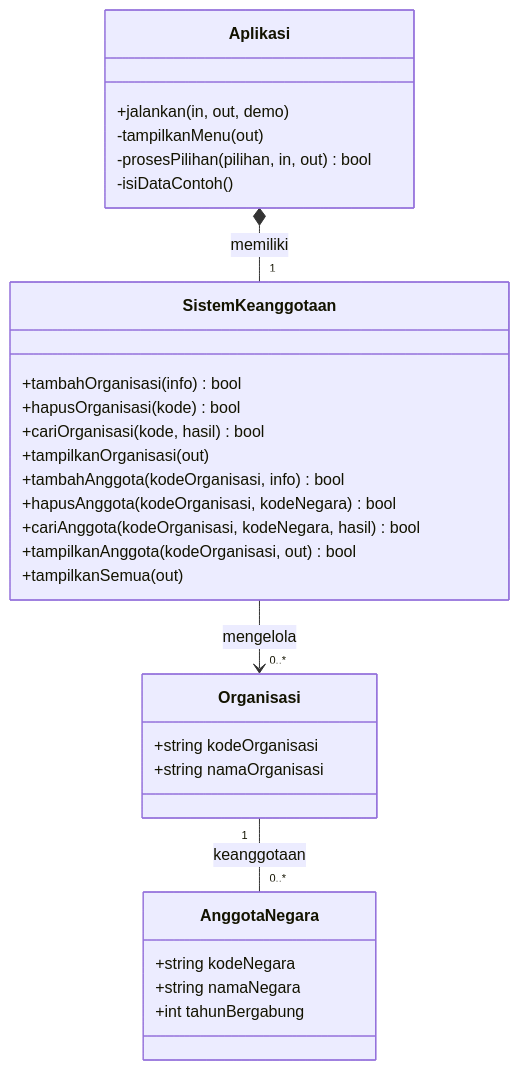
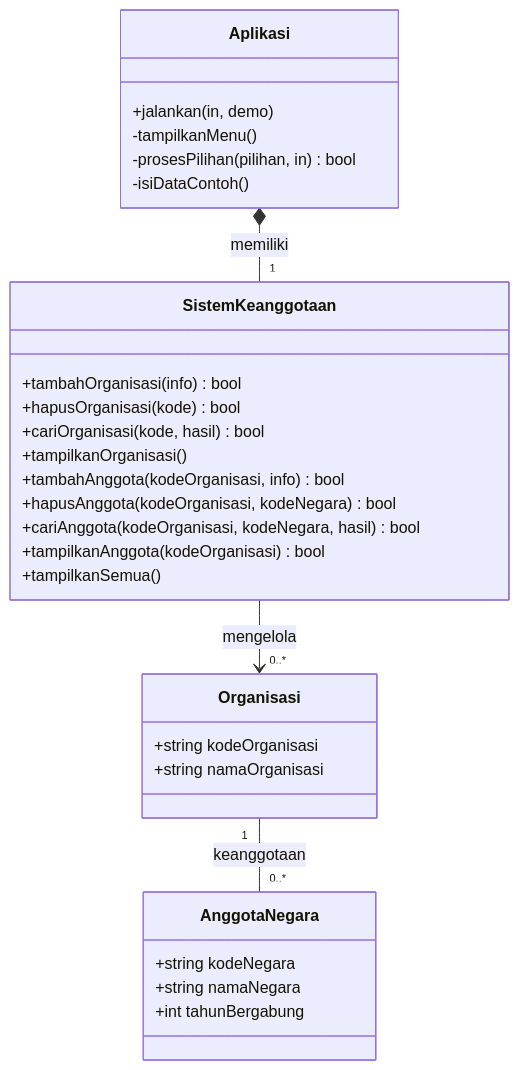
The first of 3 diagrams in LAPORAN.md (Mozartzx/Sistem-anggota-himpunan-kenegaraan), drawn with Mermaid before and after one commit. The commit also changed 8 other files, not shown here.

````diff
--- a/LAPORAN.md
+++ b/LAPORAN.md
@@ -32,38 +32,38 @@
 ```mermaid
 classDiagram
     direction TB
 
     class Aplikasi {
-        +jalankan(in, out, demo)
-        -tampilkanMenu(out)
-        -prosesPilihan(pilihan, in, out) bool
+        +jalankan(in, demo)
+        -tampilkanMenu()
+        -prosesPilihan(pilihan, in) bool
         -isiDataContoh()
     }
 
     class SistemKeanggotaan {
         +tambahOrganisasi(info) bool
         +hapusOrganisasi(kode) bool
         +cariOrganisasi(kode, hasil) bool
-        +tampilkanOrganisasi(out)
+        +tampilkanOrganisasi()
         +tambahAnggota(kodeOrganisasi, info) bool
         +hapusAnggota(kodeOrganisasi, kodeNegara) bool
         +cariAnggota(kodeOrganisasi, kodeNegara, hasil) bool
-        +tampilkanAnggota(kodeOrganisasi, out) bool
-        +tampilkanSemua(out)
+        +tampilkanAnggota(kodeOrganisasi) bool
+        +tampilkanSemua()
     }
 
     class Organisasi {
         +string kodeOrganisasi
         +string namaOrganisasi
     }
 
     class AnggotaNegara {
         +string kodeNegara
         +string namaNegara
         +int tahunBergabung
     }
 
     Aplikasi *-- "1" SistemKeanggotaan : memiliki
     SistemKeanggotaan --> "0..*" Organisasi : mengelola
     Organisasi "1" -- "0..*" AnggotaNegara : keanggotaan
 ```
````
